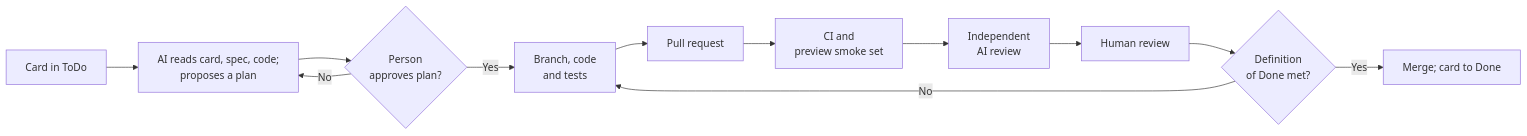
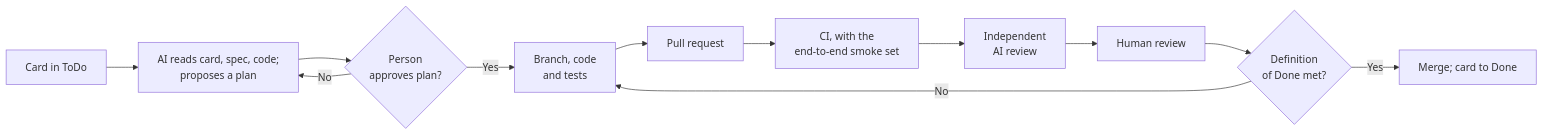
The second of 2 diagrams in docs/development-flow.md (huynguyennang-agilityio/tripmate-docs), drawn with Mermaid before and after one commit. The commit also changed other lines of this file and 4 other files, not shown here.

````diff
--- a/docs/development-flow.md
+++ b/docs/development-flow.md
@@ -92,14 +92,14 @@
 ```mermaid
 flowchart LR
     R["Card in ToDo"] --> P["AI reads card, spec, code;<br/>proposes a plan"]
     P --> A{"Person<br/>approves plan?"}
     A -->|No| P
     A -->|Yes| B["Branch, code<br/>and tests"]
     B --> PR["Pull request"]
-    PR --> CI["CI and<br/>preview smoke set"]
+    PR --> CI["CI, with the<br/>end-to-end smoke set"]
     CI --> AR["Independent<br/>AI review"]
     AR --> HR["Human review"]
     HR --> D{"Definition<br/>of Done met?"}
     D -->|No| B
     D -->|Yes| M["Merge; card to Done"]
 ```
````
